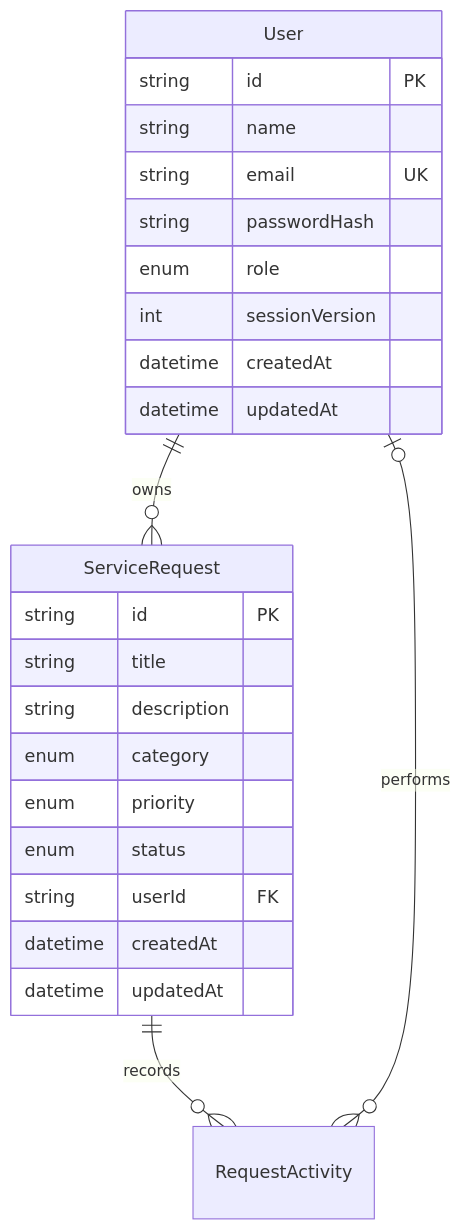
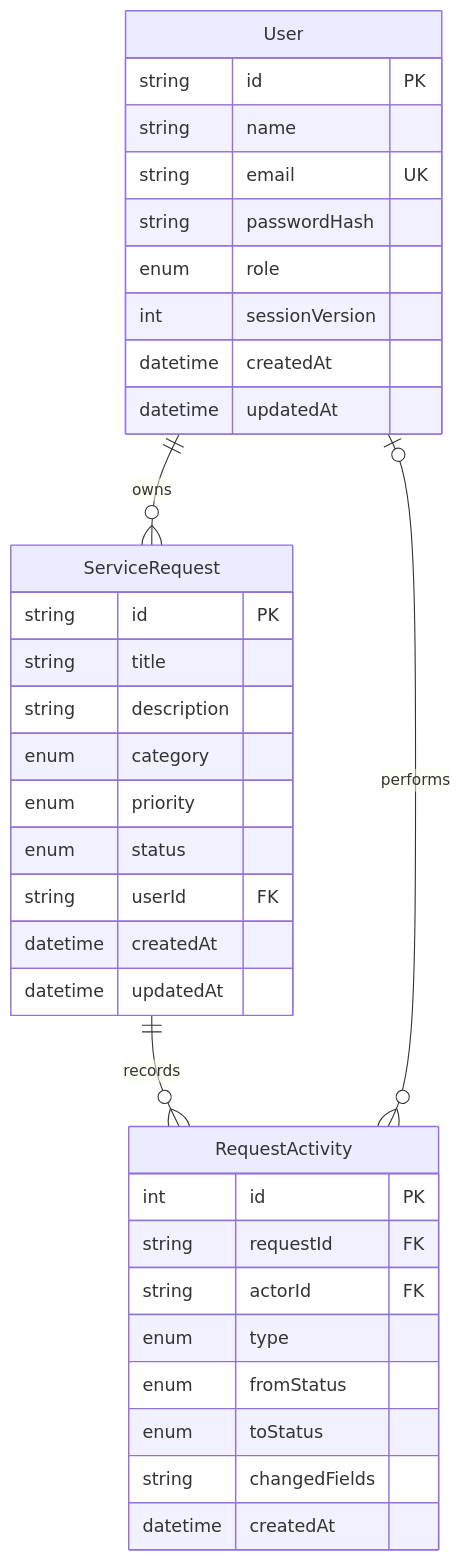
Before and after one commit to UdeshaRashmi/ServiceNova: the first of 2 diagrams in docs/database.md, drawn with Mermaid. The commit also changed other lines of this file and 7 other files, not shown here.

````diff
--- a/docs/database.md
+++ b/docs/database.md
@@ -5,27 +5,37 @@
 ```mermaid
 erDiagram
   User ||--o{ ServiceRequest : owns
   ServiceRequest ||--o{ RequestActivity : records
   User o|--o{ RequestActivity : performs
   User {
     string id PK
     string name
     string email UK
     string passwordHash
     enum role
     int sessionVersion
     datetime createdAt
     datetime updatedAt
   }
+  RequestActivity {
+    int id PK
+    string requestId FK
+    string actorId FK
+    enum type
+    enum fromStatus
+    enum toStatus
+    string changedFields
+    datetime createdAt
+  }
   ServiceRequest {
     string id PK
     string title
     string description
     enum category
     enum priority
     enum status
     string userId FK
     datetime createdAt
     datetime updatedAt
   }
 ```
````
